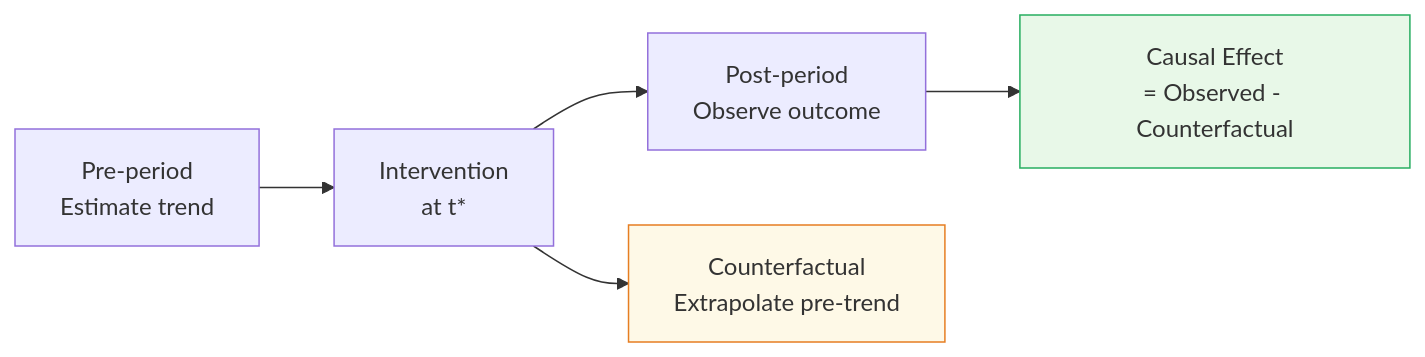
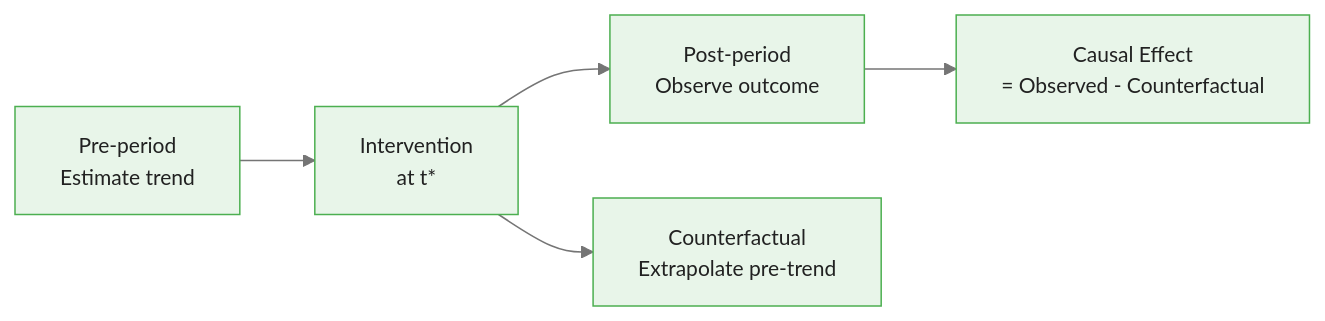
The first of 5 diagrams in courses/causalpy-interrupted-time-series/modules/module_01_its_fundamentals/guides/01_its_introduction_slides.md (m-deane/course-creator), drawn with Mermaid before and after one commit. The commit also changed other lines of this file and 87 other files, not shown here.

````diff
--- a/courses/causalpy-interrupted-time-series/modules/module_01_its_fundamentals/guides/01_its_introduction_slides.md
+++ b/courses/causalpy-interrupted-time-series/modules/module_01_its_fundamentals/guides/01_its_introduction_slides.md
@@ -24,9 +24,8 @@
 ```mermaid
+%%{init: {"theme": "base", "themeVariables": {"primaryColor": "#e8f5e9", "primaryBorderColor": "#4caf50", "primaryTextColor": "#212121", "secondaryColor": "#e3f2fd", "tertiaryColor": "#fff8e1", "lineColor": "#757575", "fontFamily": "Inter, sans-serif", "fontSize": "14px"}}}%%
 flowchart LR
     A["Pre-period\nEstimate trend"] --> B["Intervention\nat t*"]
     B --> C["Post-period\nObserve outcome"]
     B --> D["Counterfactual\nExtrapolate pre-trend"]
     C --> E["Causal Effect\n= Observed - Counterfactual"]
-    style D fill:#fef9e7,stroke:#e67e22
-    style E fill:#e8f8e8,stroke:#27ae60
 ```
````
